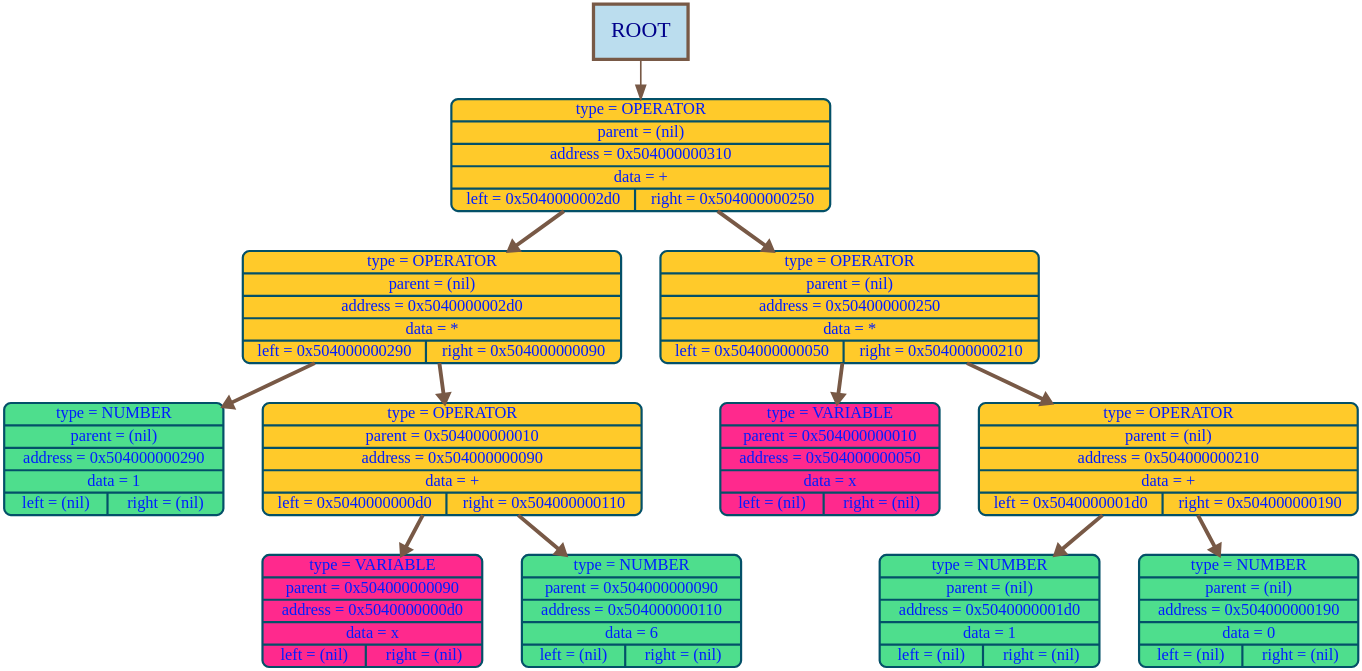
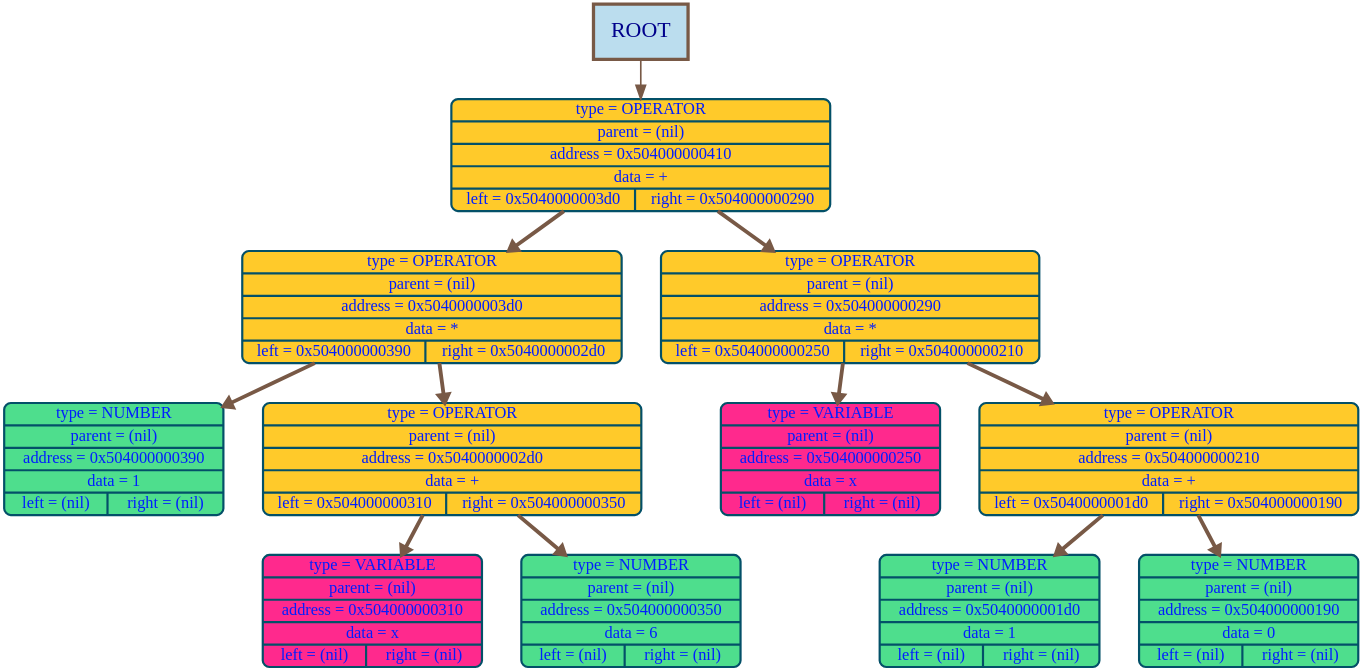
The diagram in graphDumps/graphDump.dot (timoko3/diffirenciator), drawn with Graphviz before and after one commit. The commit also changed 5 other files, not shown here.

```diff
--- a/graphDumps/graphDump.dot
+++ b/graphDumps/graphDump.dot
@@ -1,30 +1,30 @@
 digraph G {
 bgcolor="transparent"
 nodesep = 1;
 ranksep = 1
 	node [shape=Mrecord, style="filled", fillcolor="#70c07cff", fontcolor="#001effff", color="#035068ff", penwidth=4, fontname="Menlo", fontsize=30];
 
-	node784 [label="{type = OPERATOR | parent = (nil) | address = 0x504000000310 | data = + | {left = 0x5040000002d0 | right = 0x504000000250}} ", fillcolor="#ffca2aff"];
-	node720 [label="{type = OPERATOR | parent = (nil) | address = 0x5040000002d0 | data = * | {left = 0x504000000290 | right = 0x504000000090}} ", fillcolor="#ffca2aff"];
-	node656 [label="{type = NUMBER | parent = (nil) | address = 0x504000000290 | data = 1 | {left = (nil) | right = (nil)}} ", fillcolor="#4ede8dff"];
-	node144 [label="{type = OPERATOR | parent = 0x504000000010 | address = 0x504000000090 | data = + | {left = 0x5040000000d0 | right = 0x504000000110}} ", fillcolor="#ffca2aff"];
-	node208 [label="{type = VARIABLE | parent = 0x504000000090 | address = 0x5040000000d0 | data = x | {left = (nil) | right = (nil)}} ", fillcolor="#ff298dff"];
-	node272 [label="{type = NUMBER | parent = 0x504000000090 | address = 0x504000000110 | data = 6 | {left = (nil) | right = (nil)}} ", fillcolor="#4ede8dff"];
-	node592 [label="{type = OPERATOR | parent = (nil) | address = 0x504000000250 | data = * | {left = 0x504000000050 | right = 0x504000000210}} ", fillcolor="#ffca2aff"];
-	node80 [label="{type = VARIABLE | parent = 0x504000000010 | address = 0x504000000050 | data = x | {left = (nil) | right = (nil)}} ", fillcolor="#ff298dff"];
+	node1040 [label="{type = OPERATOR | parent = (nil) | address = 0x504000000410 | data = + | {left = 0x5040000003d0 | right = 0x504000000290}} ", fillcolor="#ffca2aff"];
+	node976 [label="{type = OPERATOR | parent = (nil) | address = 0x5040000003d0 | data = * | {left = 0x504000000390 | right = 0x5040000002d0}} ", fillcolor="#ffca2aff"];
+	node912 [label="{type = NUMBER | parent = (nil) | address = 0x504000000390 | data = 1 | {left = (nil) | right = (nil)}} ", fillcolor="#4ede8dff"];
+	node720 [label="{type = OPERATOR | parent = (nil) | address = 0x5040000002d0 | data = + | {left = 0x504000000310 | right = 0x504000000350}} ", fillcolor="#ffca2aff"];
+	node784 [label="{type = VARIABLE | parent = (nil) | address = 0x504000000310 | data = x | {left = (nil) | right = (nil)}} ", fillcolor="#ff298dff"];
+	node848 [label="{type = NUMBER | parent = (nil) | address = 0x504000000350 | data = 6 | {left = (nil) | right = (nil)}} ", fillcolor="#4ede8dff"];
+	node656 [label="{type = OPERATOR | parent = (nil) | address = 0x504000000290 | data = * | {left = 0x504000000250 | right = 0x504000000210}} ", fillcolor="#ffca2aff"];
+	node592 [label="{type = VARIABLE | parent = (nil) | address = 0x504000000250 | data = x | {left = (nil) | right = (nil)}} ", fillcolor="#ff298dff"];
 	node528 [label="{type = OPERATOR | parent = (nil) | address = 0x504000000210 | data = + | {left = 0x5040000001d0 | right = 0x504000000190}} ", fillcolor="#ffca2aff"];
 	node464 [label="{type = NUMBER | parent = (nil) | address = 0x5040000001d0 | data = 1 | {left = (nil) | right = (nil)}} ", fillcolor="#4ede8dff"];
 	node400 [label="{type = NUMBER | parent = (nil) | address = 0x504000000190 | data = 0 | {left = (nil) | right = (nil)}} ", fillcolor="#4ede8dff"];
-node784 ->node720 [color="#785946ff", arrowsize=1.5, penwidth=7, weight=1000];
-node720 ->node656 [color="#785946ff", arrowsize=1.5, penwidth=7, weight=1000];
-node720->node144 [color="#785946ff", arrowsize=1.5, penwidth=7, weight=1000];
-node144 ->node208 [color="#785946ff", arrowsize=1.5, penwidth=7, weight=1000];
-node144->node272 [color="#785946ff", arrowsize=1.5, penwidth=7, weight=1000];
-node784->node592 [color="#785946ff", arrowsize=1.5, penwidth=7, weight=1000];
-node592 ->node80 [color="#785946ff", arrowsize=1.5, penwidth=7, weight=1000];
-node592->node528 [color="#785946ff", arrowsize=1.5, penwidth=7, weight=1000];
+node1040 ->node976 [color="#785946ff", arrowsize=1.5, penwidth=7, weight=1000];
+node976 ->node912 [color="#785946ff", arrowsize=1.5, penwidth=7, weight=1000];
+node976->node720 [color="#785946ff", arrowsize=1.5, penwidth=7, weight=1000];
+node720 ->node784 [color="#785946ff", arrowsize=1.5, penwidth=7, weight=1000];
+node720->node848 [color="#785946ff", arrowsize=1.5, penwidth=7, weight=1000];
+node1040->node656 [color="#785946ff", arrowsize=1.5, penwidth=7, weight=1000];
+node656 ->node592 [color="#785946ff", arrowsize=1.5, penwidth=7, weight=1000];
+node656->node528 [color="#785946ff", arrowsize=1.5, penwidth=7, weight=1000];
 node528 ->node464 [color="#785946ff", arrowsize=1.5, penwidth=7, weight=1000];
 node528->node400 [color="#785946ff", arrowsize=1.5, penwidth=7, weight=1000];
 root_label [shape=box, width = 2.4, height = 1.4, label="ROOT", style="filled", fillcolor="#BBDDEE", color="#785946ff", penwidth = 6,  fontcolor="darkblue", fontsize = 40];
-root_label -> node784 [color="#785946ff"  , arrowsize=2.5, penwidth=3];
+root_label -> node1040 [color="#785946ff"  , arrowsize=2.5, penwidth=3];
 }
```
